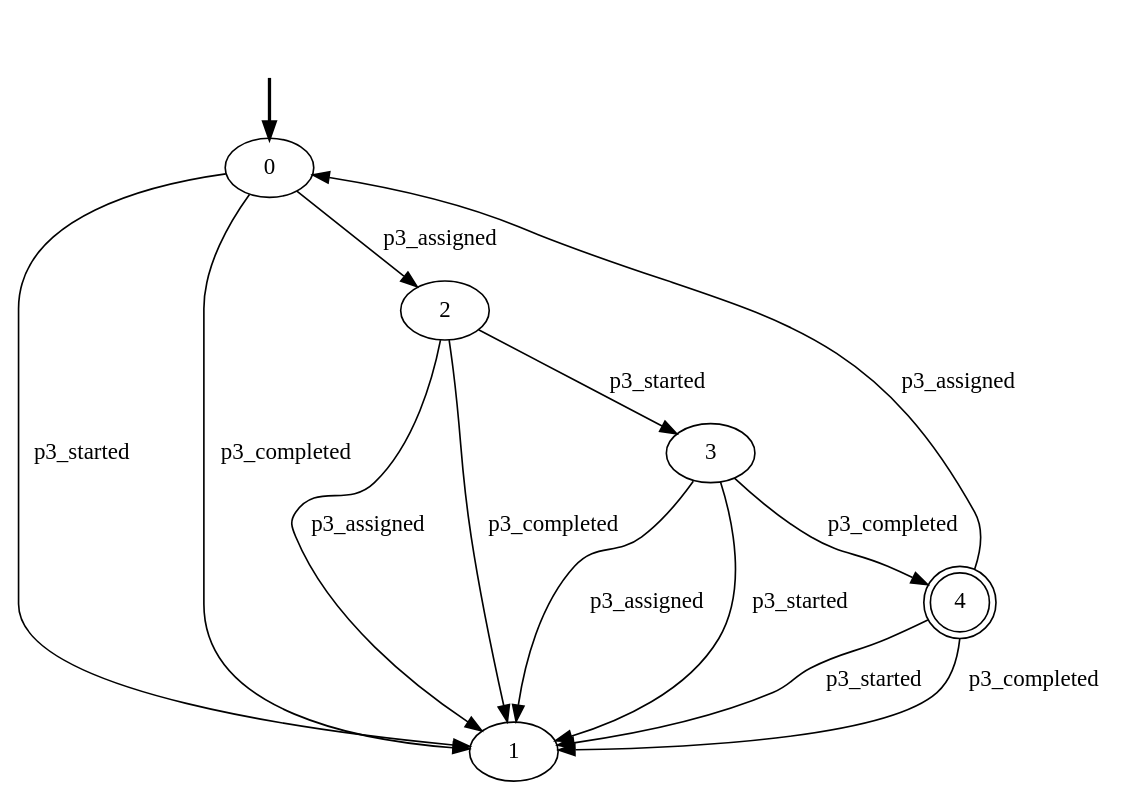
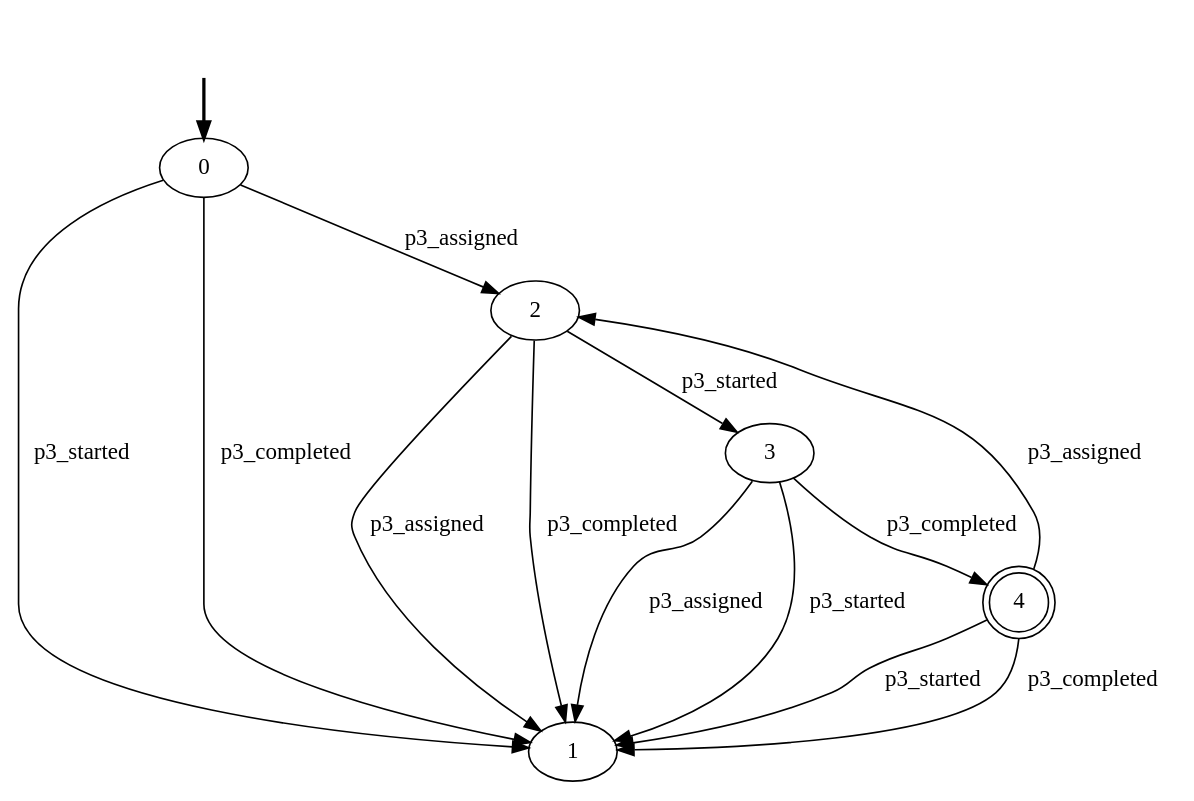
Before and after one commit to GianmarcoBordin/pddlTranslator: the diagram in Plan-based_Data_Aware_Declarative_Conf_Checker/resources/declarative-models/Data-Aware/5-CONSTRAINTS/p3_lifecycle.dot, drawn with Graphviz. The commit also changed 78 other files, not shown here.

```diff
--- a/Plan-based_Data_Aware_Declarative_Conf_Checker/resources/declarative-models/Data-Aware/5-CONSTRAINTS/p3_lifecycle.dot
+++ b/Plan-based_Data_Aware_Declarative_Conf_Checker/resources/declarative-models/Data-Aware/5-CONSTRAINTS/p3_lifecycle.dot
@@ -1,21 +1,21 @@
 digraph {
 		fake0 [style=invisible]
 		0 [root=true]
+		1
 		2
 		3
 		4 [shape=doublecircle]
-		1
 		fake0 -> 0 [style=bold]
-		0 -> 2 [label=p3_assigned]
+		2 -> 1 [label=p3_assigned]
 		2 -> 3 [label=p3_started]
-		3 -> 4 [label=p3_completed]
-		4 -> 0 [label=p3_assigned]
+		2 -> 1 [label=p3_completed]
 		3 -> 1 [label=p3_assigned]
 		3 -> 1 [label=p3_started]
+		3 -> 4 [label=p3_completed]
+		4 -> 2 [label=p3_assigned]
 		4 -> 1 [label=p3_started]
 		4 -> 1 [label=p3_completed]
-		2 -> 1 [label=p3_assigned]
-		2 -> 1 [label=p3_completed]
+		0 -> 2 [label=p3_assigned]
 		0 -> 1 [label=p3_started]
 		0 -> 1 [label=p3_completed]
 }
```
